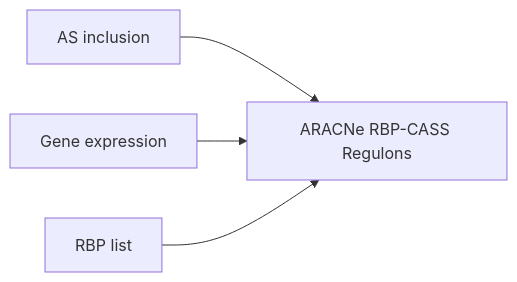
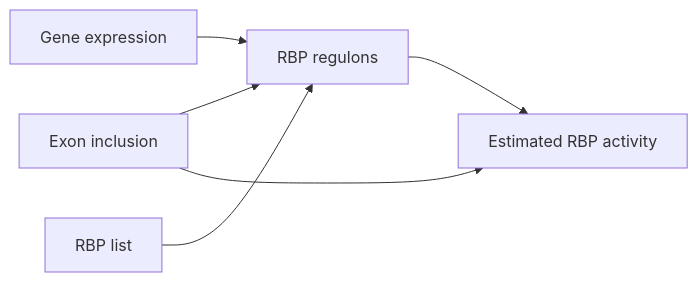
The second of 2 diagrams in README.md (chaolinzhanglab/mras), drawn with Mermaid before and after one commit. The commit also changed other lines of this file, not shown here.

````diff
--- a/README.md
+++ b/README.md
@@ -91,11 +88,15 @@
 ```mermaid
 graph LR
-    E[AS inclusion]
+    E[Exon inclusion]
     F[Gene expression]
     G[RBP list]
-    H[ARACNe RBP-CASS Regulons]
+    H[RBP regulons]
+    I[Estimated RBP activity]
 
     E --> H
     F --> H
     G --> H
+    H --> I
+    E --> I
+
 ```
````
